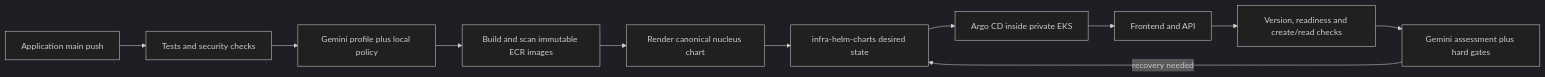
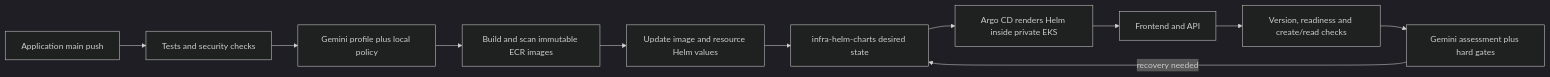
One commit to surendarrajasekaran/om-idea-board changed the diagram in README.md. Above: the diagram before and after it, drawn with Mermaid (dark theme). The commit also changed other lines of this file and 40 other files, not shown here.

Commit message:
Deploy GitOps-owned Helm chart and service overrides directly through Argo

````diff
--- a/README.md
+++ b/README.md
@@ -9,13 +9,13 @@
 ```mermaid
 flowchart LR
   Source[Application main push] --> CI[Tests and security checks]
   CI --> AI[Gemini profile plus local policy]
   AI --> ECR[Build and scan immutable ECR images]
-  ECR --> Render[Render canonical nucleus chart]
+  ECR --> Render[Update image and resource Helm values]
   Render --> Git[infra-helm-charts desired state]
-  Git --> Argo[Argo CD inside private EKS]
+  Git --> Argo[Argo CD renders Helm inside private EKS]
   Argo --> App[Frontend and API]
   App --> Health[Version, readiness and create/read checks]
   Health --> Decision[Gemini assessment plus hard gates]
   Decision -->|recovery needed| Git
 ```
````
